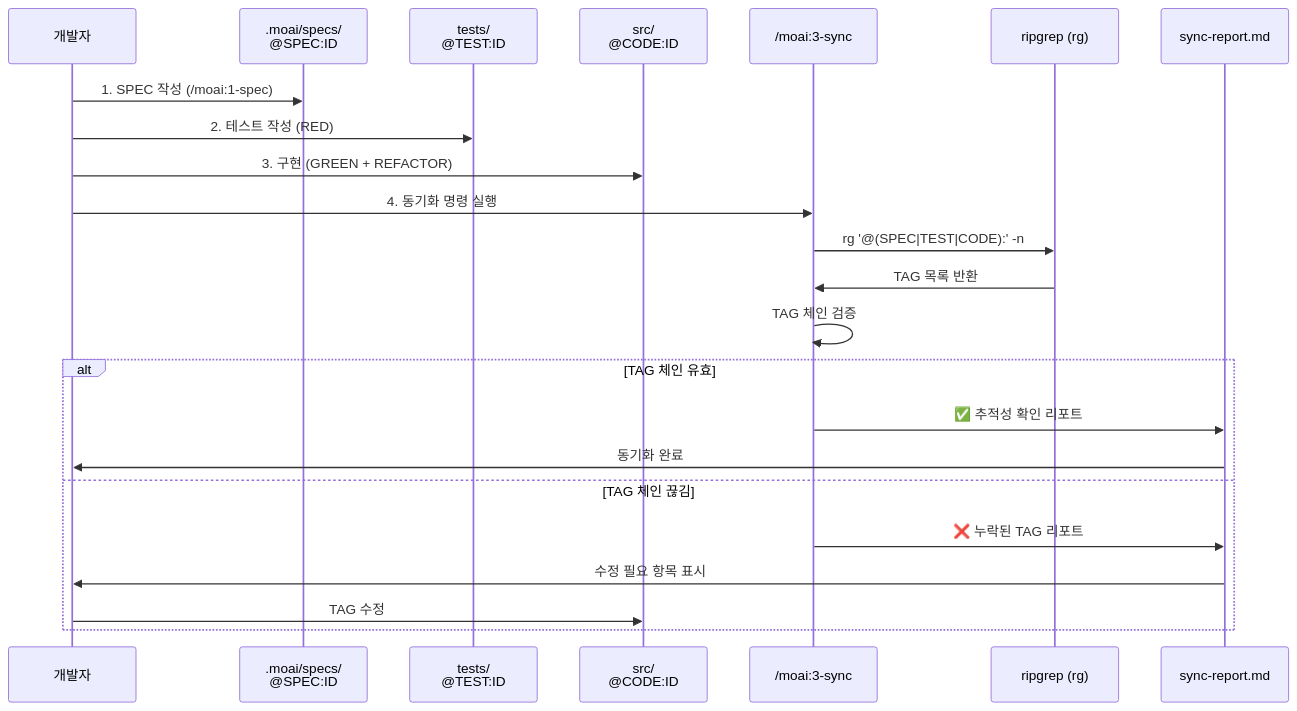
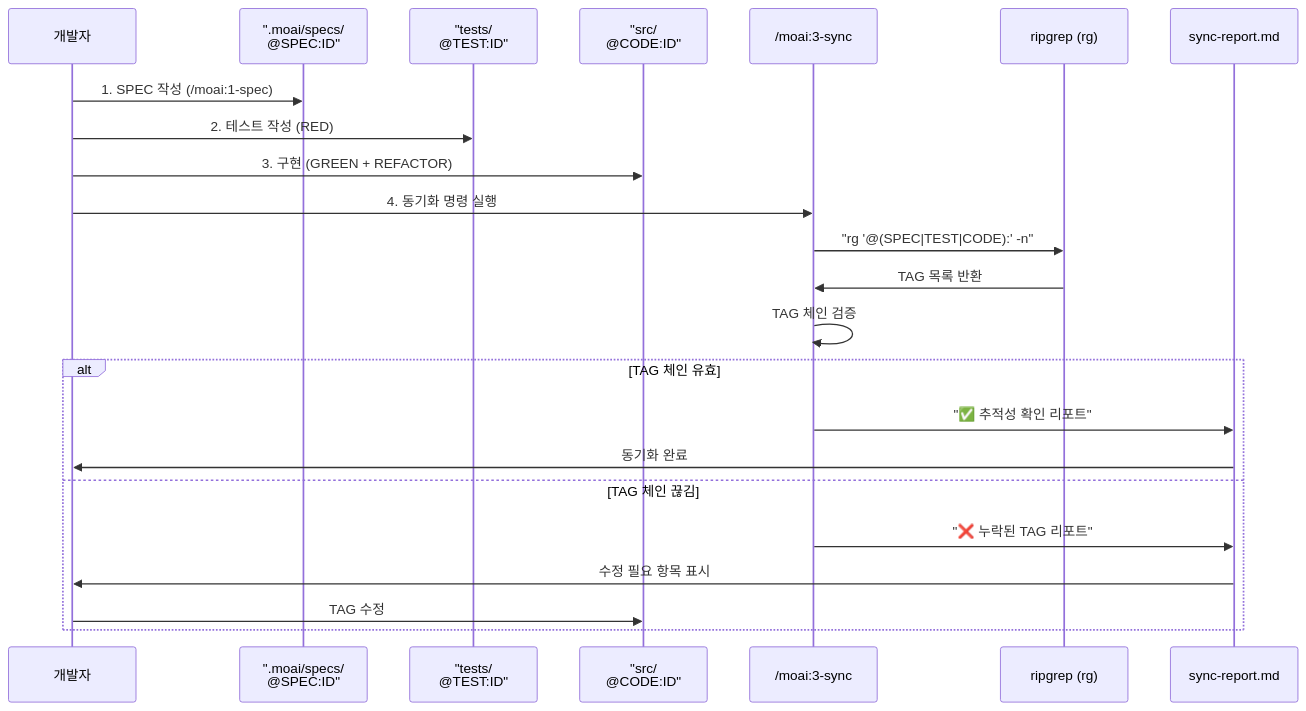
Before and after one commit to modu-ai/moai-adk: the third of 4 diagrams in docs/guide/tag-system.md, drawn with Mermaid. The commit also changed other lines of this file and 19 other files, not shown here.

First line of the commit message:
🎨 fix: docs 전체 Mermaid 다이어그램 특수문자 오류 수정 (19개 파일)

````diff
--- a/docs/guide/tag-system.md
+++ b/docs/guide/tag-system.md
@@ -436,26 +436,26 @@
 ```mermaid
 sequenceDiagram
     participant D as 개발자
-    participant SPEC as .moai/specs/<br/>@SPEC:ID
-    participant TEST as tests/<br/>@TEST:ID
-    participant CODE as src/<br/>@CODE:ID
+    participant SPEC as ".moai/specs/<br/>@SPEC:ID"
+    participant TEST as "tests/<br/>@TEST:ID"
+    participant CODE as "src/<br/>@CODE:ID"
     participant S as /moai:3-sync
     participant RG as ripgrep (rg)
     participant R as sync-report.md
 
     D->>SPEC: 1. SPEC 작성 (/moai:1-spec)
     D->>TEST: 2. 테스트 작성 (RED)
     D->>CODE: 3. 구현 (GREEN + REFACTOR)
     D->>S: 4. 동기화 명령 실행
-    S->>RG: rg '@(SPEC|TEST|CODE):' -n
+    S->>RG: "rg '@(SPEC|TEST|CODE):' -n"
     RG->>S: TAG 목록 반환
     S->>S: TAG 체인 검증
     alt TAG 체인 유효
-        S->>R: ✅ 추적성 확인 리포트
+        S->>R: "✅ 추적성 확인 리포트"
         R->>D: 동기화 완료
     else TAG 체인 끊김
-        S->>R: ❌ 누락된 TAG 리포트
+        S->>R: "❌ 누락된 TAG 리포트"
         R->>D: 수정 필요 항목 표시
         D->>CODE: TAG 수정
     end
 ```
````
